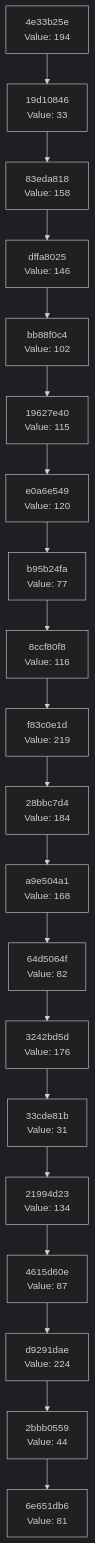
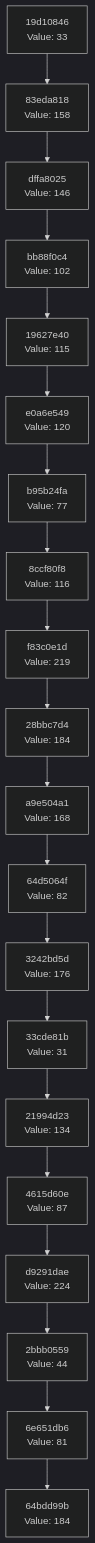
One commit to Abhisheksinha1506/hash-chain-evolver changed the diagram in docs/CHAIN_VISUALIZATION.md. Above: the diagram before and after it, drawn with Mermaid (dark theme). The commit also changed 3 other files, not shown here.

````diff
--- a/docs/CHAIN_VISUALIZATION.md
+++ b/docs/CHAIN_VISUALIZATION.md
@@ -3,42 +3,42 @@
 ```mermaid
 graph TD
-    C0["6e651db6<br/>Value: 81"]
-    C1["2bbb0559<br/>Value: 44"]
+    C0["64bdd99b<br/>Value: 184"]
+    C1["6e651db6<br/>Value: 81"]
     C1 --> C0
-    C2["d9291dae<br/>Value: 224"]
+    C2["2bbb0559<br/>Value: 44"]
     C2 --> C1
-    C3["4615d60e<br/>Value: 87"]
+    C3["d9291dae<br/>Value: 224"]
     C3 --> C2
-    C4["21994d23<br/>Value: 134"]
+    C4["4615d60e<br/>Value: 87"]
     C4 --> C3
-    C5["33cde81b<br/>Value: 31"]
+    C5["21994d23<br/>Value: 134"]
     C5 --> C4
-    C6["3242bd5d<br/>Value: 176"]
+    C6["33cde81b<br/>Value: 31"]
     C6 --> C5
-    C7["64d5064f<br/>Value: 82"]
+    C7["3242bd5d<br/>Value: 176"]
     C7 --> C6
-    C8["a9e504a1<br/>Value: 168"]
+    C8["64d5064f<br/>Value: 82"]
     C8 --> C7
-    C9["28bbc7d4<br/>Value: 184"]
+    C9["a9e504a1<br/>Value: 168"]
     C9 --> C8
-    C10["f83c0e1d<br/>Value: 219"]
+    C10["28bbc7d4<br/>Value: 184"]
     C10 --> C9
-    C11["8ccf80f8<br/>Value: 116"]
+    C11["f83c0e1d<br/>Value: 219"]
     C11 --> C10
-    C12["b95b24fa<br/>Value: 77"]
+    C12["8ccf80f8<br/>Value: 116"]
     C12 --> C11
-    C13["e0a6e549<br/>Value: 120"]
+    C13["b95b24fa<br/>Value: 77"]
     C13 --> C12
-    C14["19627e40<br/>Value: 115"]
+    C14["e0a6e549<br/>Value: 120"]
     C14 --> C13
-    C15["bb88f0c4<br/>Value: 102"]
+    C15["19627e40<br/>Value: 115"]
     C15 --> C14
-    C16["dffa8025<br/>Value: 146"]
+    C16["bb88f0c4<br/>Value: 102"]
     C16 --> C15
-    C17["83eda818<br/>Value: 158"]
+    C17["dffa8025<br/>Value: 146"]
     C17 --> C16
-    C18["19d10846<br/>Value: 33"]
+    C18["83eda818<br/>Value: 158"]
     C18 --> C17
-    C19["4e33b25e<br/>Value: 194"]
+    C19["19d10846<br/>Value: 33"]
     C19 --> C18
 ```
````
